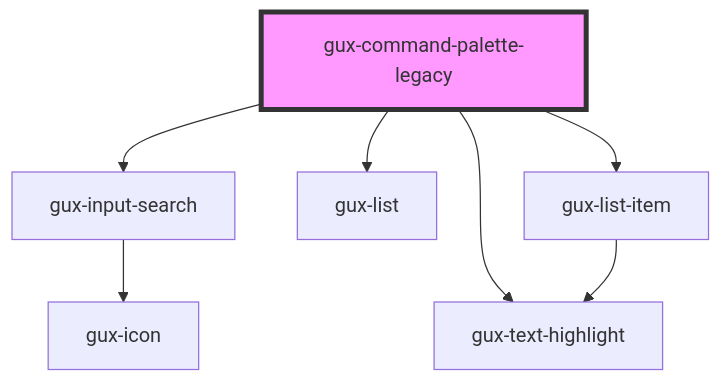
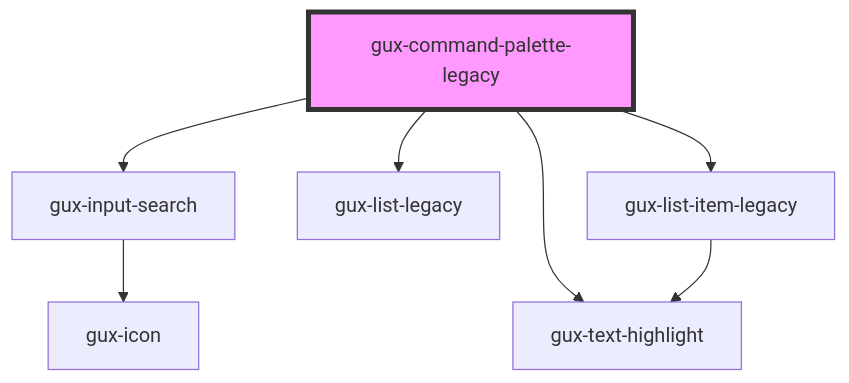
Before and after one commit to MyPureCloud/genesys-spark: the diagram in src/components/legacy/gux-command-palette-legacy/readme.md, drawn with Mermaid. The commit also changed other lines of this file and 134 other files, not shown here.

````diff
--- a/src/components/legacy/gux-command-palette-legacy/readme.md
+++ b/src/components/legacy/gux-command-palette-legacy/readme.md
@@ -40,10 +40,10 @@
 ```mermaid
 graph TD;
   gux-command-palette-legacy --> gux-input-search
-  gux-command-palette-legacy --> gux-list
-  gux-command-palette-legacy --> gux-list-item
+  gux-command-palette-legacy --> gux-list-legacy
+  gux-command-palette-legacy --> gux-list-item-legacy
   gux-command-palette-legacy --> gux-text-highlight
   gux-input-search --> gux-icon
-  gux-list-item --> gux-text-highlight
+  gux-list-item-legacy --> gux-text-highlight
   style gux-command-palette-legacy fill:#f9f,stroke:#333,stroke-width:4px
 ```
````
